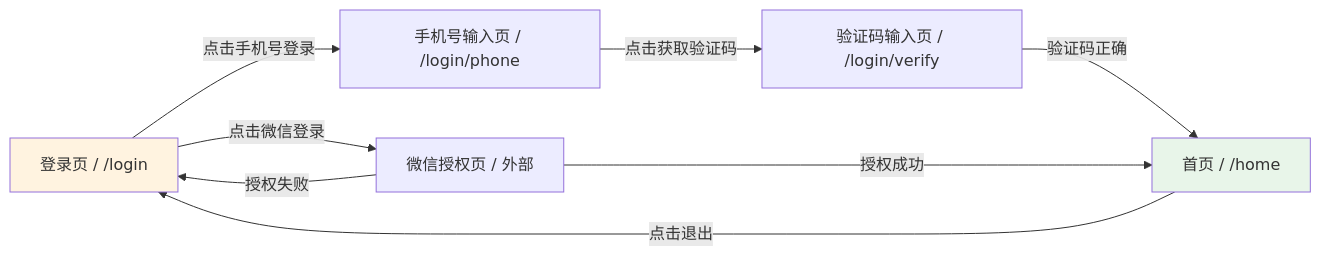
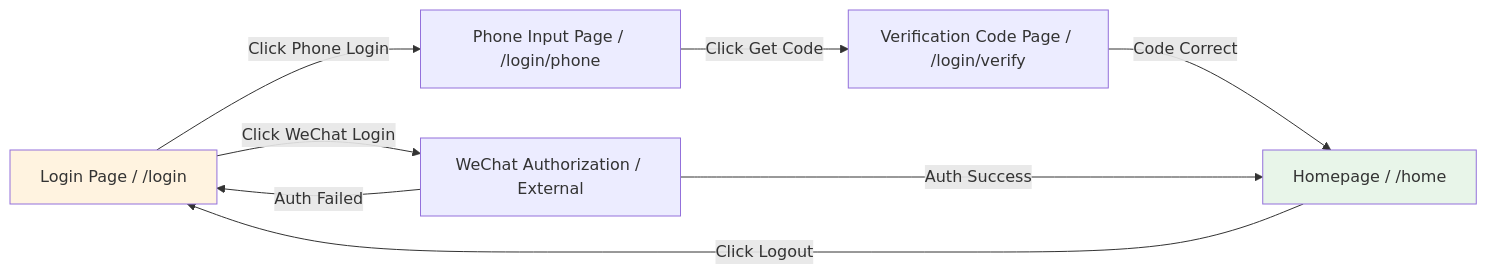
Before and after one commit to Kirky-X/cangjie: the fifth of 12 diagrams in templates/产品/产品层/【模板】产品需求文档.md, drawn with Mermaid. The commit also changed other lines of this file and 46 other files, not shown here.

````diff
--- a/templates/产品/产品层/【模板】产品需求文档.md
+++ b/templates/产品/产品层/【模板】产品需求文档.md
@@ -255,13 +255,13 @@
 ```mermaid
 flowchart LR
-    A[登录页 / /login] -->|点击手机号登录| B[手机号输入页 / /login/phone]
-    B -->|点击获取验证码| C[验证码输入页 / /login/verify]
-    C -->|验证码正确| D[首页 / /home]
-    A -->|点击微信登录| E[微信授权页 / 外部]
-    E -->|授权成功| D
-    E -->|授权失败| A
-    D -->|点击退出| A
+    A[Login Page / /login] -->|Click Phone Login| B[Phone Input Page / /login/phone]
+    B -->|Click Get Code| C[Verification Code Page / /login/verify]
+    C -->|Code Correct| D[Homepage / /home]
+    A -->|Click WeChat Login| E[WeChat Authorization / External]
+    E -->|Auth Success| D
+    E -->|Auth Failed| A
+    D -->|Click Logout| A
 
     style A fill:#fff3e0
     style D fill:#e8f5e9
 ```
````
